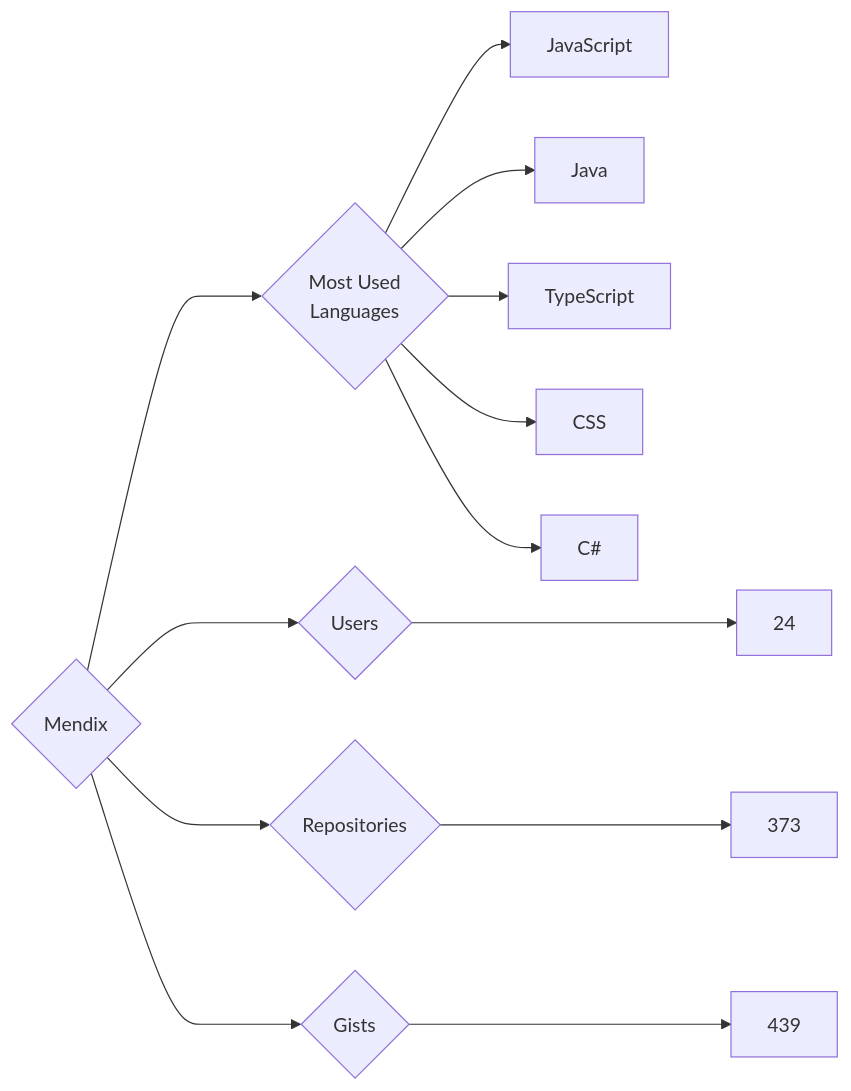
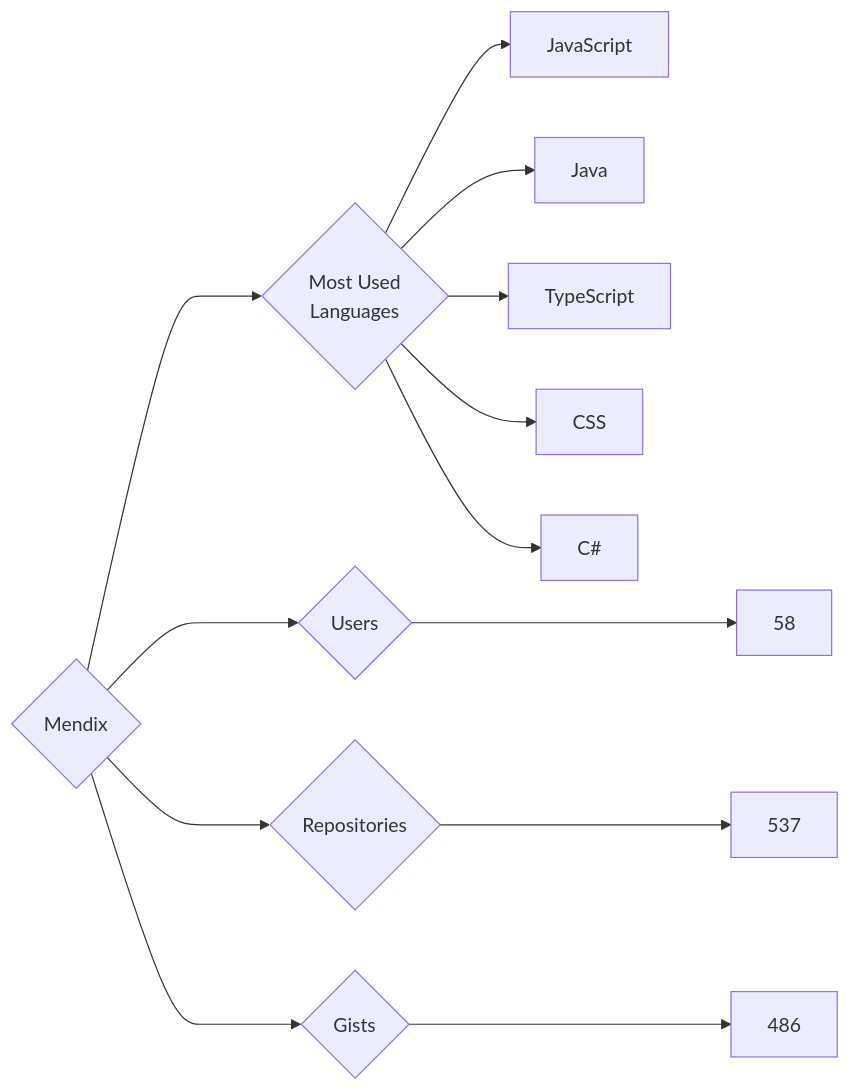
Before and after one commit to trickest/insiders: the diagram in targets/Mendix/README.md, drawn with Mermaid. The commit also changed 928 other files, not shown here.

````diff
--- a/targets/Mendix/README.md
+++ b/targets/Mendix/README.md
@@ -3,13 +3,13 @@
 ```mermaid
 graph LR
 COMPANY_NAME{Mendix}
-COMPANY_NAME ---> U{Users} ---> UN[24]
-COMPANY_NAME ---> R{Repositories} ---> RN[373]
-COMPANY_NAME ---> G{Gists} ---> GN[439]
+COMPANY_NAME ---> U{Users} ---> UN[58]
+COMPANY_NAME ---> R{Repositories} ---> RN[537]
+COMPANY_NAME ---> G{Gists} ---> GN[486]
 COMPANY_NAME ---> ML{Most Used<br>Languages}
 ML --> JavaScript[JavaScript]
 ML --> Java[Java]
 ML --> TypeScript[TypeScript]
 ML --> CSS[CSS]
 ML --> C#[C#]
 ```
````
